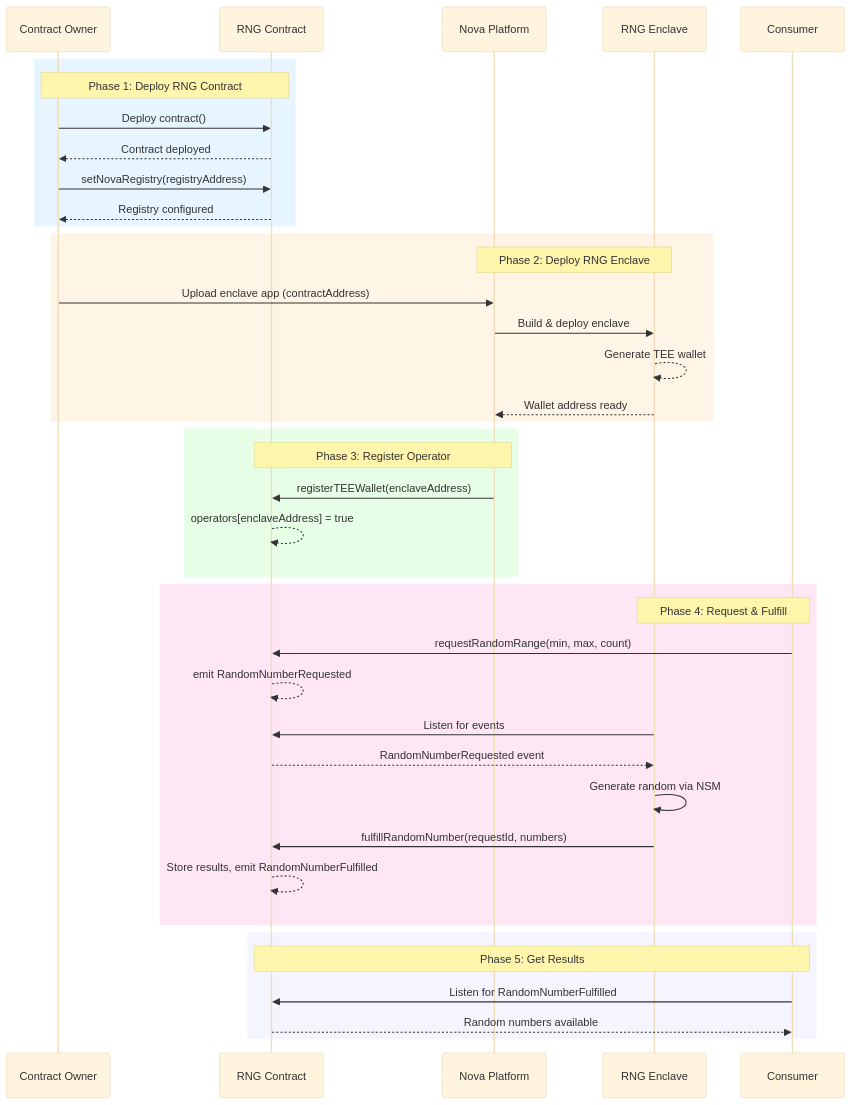
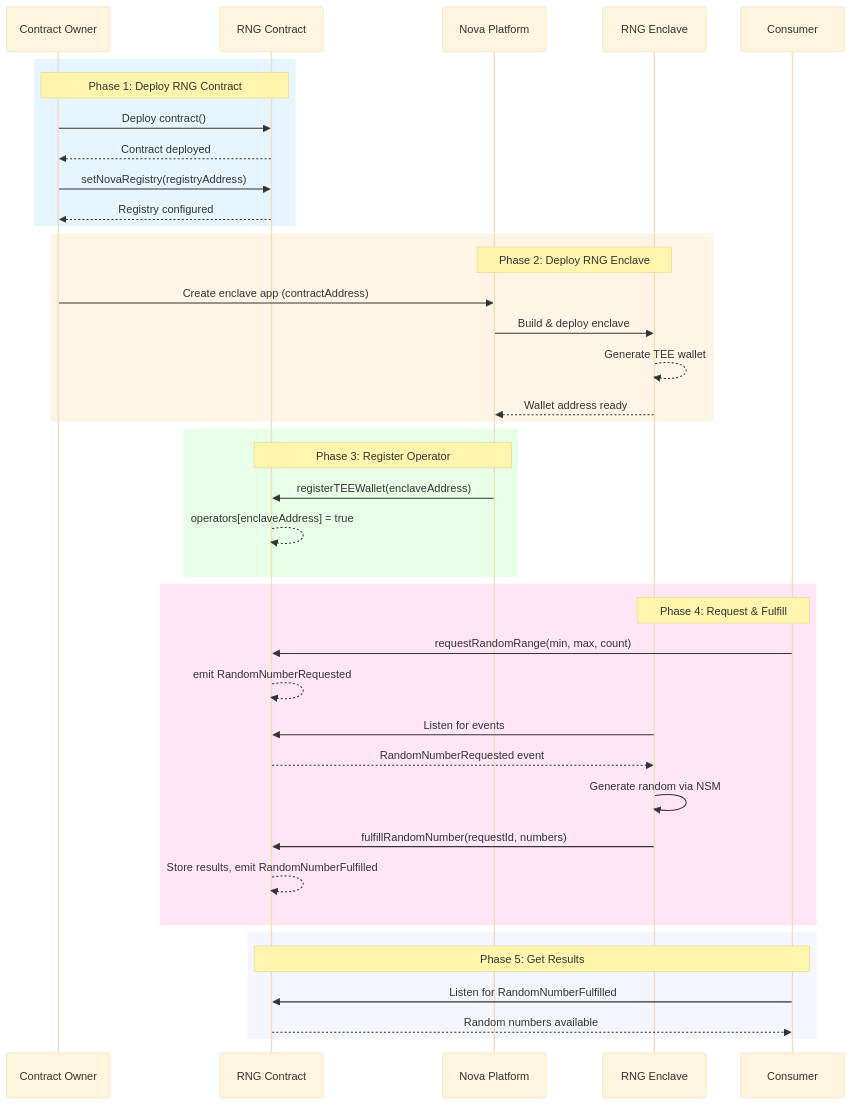
One commit to sparsity-xyz/sparsity-nova-examples changed the diagram in rng-oracle/tutorial.md. Above: the diagram before and after it, drawn with Mermaid (base theme).

Commit message:
add setNovaRegistry;

````diff
--- a/rng-oracle/tutorial.md
+++ b/rng-oracle/tutorial.md
@@ -61,47 +61,47 @@
 ```mermaid
 sequenceDiagram
     participant Owner as Contract Owner
     participant RNG as RNG Contract
     participant Nova as Nova Platform
     participant Enclave as RNG Enclave
     participant Consumer
 
     rect rgb(230, 245, 255)
         Note over Owner,RNG: Phase 1: Deploy RNG Contract
         Owner->>RNG: Deploy contract()
         RNG-->>Owner: Contract deployed
         Owner->>RNG: setNovaRegistry(registryAddress)
         RNG-->>Owner: Registry configured
     end
 
     rect rgb(255, 245, 230)
         Note over Nova,Enclave: Phase 2: Deploy RNG Enclave
-        Owner->>Nova: Upload enclave app (contractAddress)
+        Owner->>Nova: Create enclave app (contractAddress)
         Nova->>Enclave: Build & deploy enclave
         Enclave-->>Enclave: Generate TEE wallet
         Enclave-->>Nova: Wallet address ready
     end
 
     rect rgb(230, 255, 230)
         Note over Nova,RNG: Phase 3: Register Operator
         Nova->>RNG: registerTEEWallet(enclaveAddress)
         RNG-->>RNG: operators[enclaveAddress] = true
     end
 
     rect rgb(255, 230, 245)
         Note over Consumer,Enclave: Phase 4: Request & Fulfill
         Consumer->>RNG: requestRandomRange(min, max, count)
         RNG-->>RNG: emit RandomNumberRequested
         Enclave->>RNG: Listen for events
         RNG-->>Enclave: RandomNumberRequested event
         Enclave->>Enclave: Generate random via NSM
         Enclave->>RNG: fulfillRandomNumber(requestId, numbers)
         RNG-->>RNG: Store results, emit RandomNumberFulfilled
     end
 
     rect rgb(245, 245, 255)
         Note over Consumer,RNG: Phase 5: Get Results
         Consumer->>RNG: Listen for RandomNumberFulfilled
         RNG-->>Consumer: Random numbers available
     end
 ```
````
